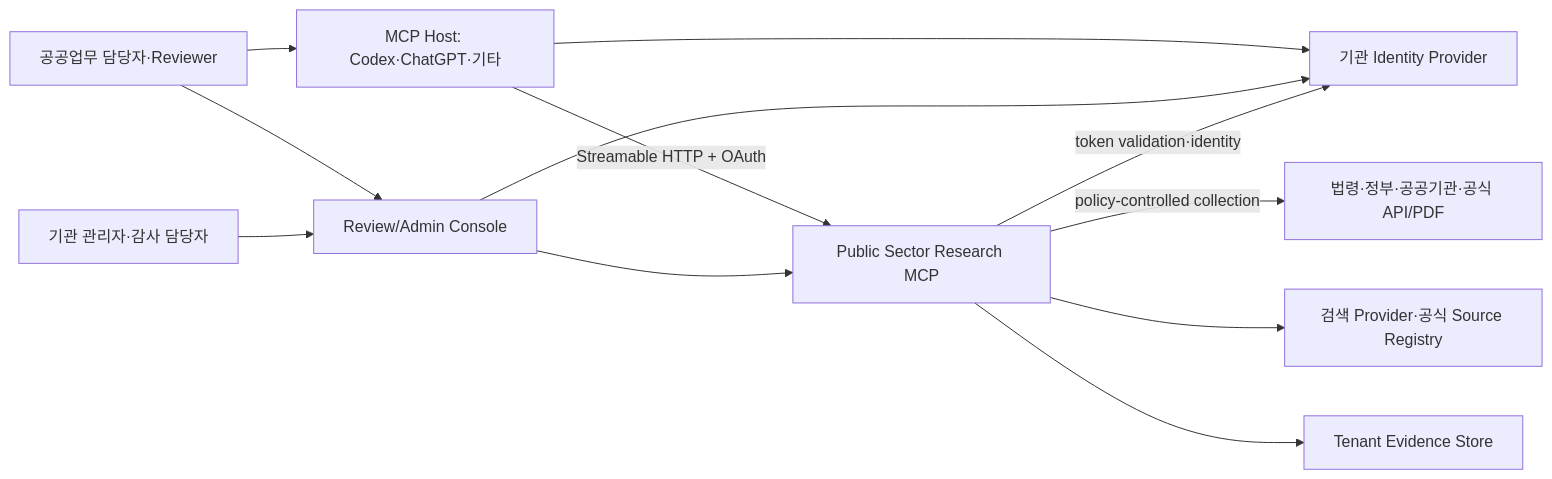
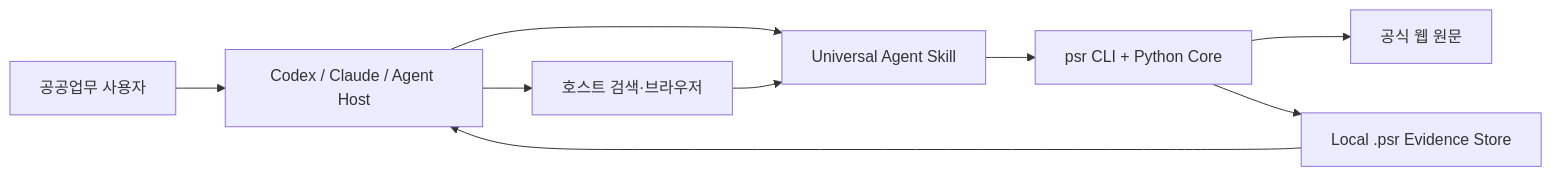
The first of 2 diagrams in docs/ARCHITECTURE.md (Kminer2053/public-sector-research-skill), drawn with Mermaid before and after one commit. The commit also changed other lines of this file and 39 other files, not shown here.

Commit message:
feat: add portable public-sector research agent skill

````diff
--- a/docs/ARCHITECTURE.md
+++ b/docs/ARCHITECTURE.md
@@ -96,24 +7,11 @@
 ```mermaid
 flowchart LR
-    User["공공업무 담당자·Reviewer"]
-    Admin["기관 관리자·감사 담당자"]
-    Host["MCP Host: Codex·ChatGPT·기타"]
-    IdP["기관 Identity Provider"]
-    PSR["Public Sector Research MCP"]
-    Official["법령·정부·공공기관·공식 API/PDF"]
-    Search["검색 Provider·공식 Source Registry"]
-    Storage["Tenant Evidence Store"]
-    Console["Review/Admin Console"]
-
-    User --> Host
-    Host -->|"Streamable HTTP + OAuth"| PSR
-    User --> Console
-    Admin --> Console
-    Host --> IdP
-    Console --> IdP
-    PSR -->|"token validation·identity"| IdP
-    PSR -->|"policy-controlled collection"| Official
-    PSR --> Search
-    PSR --> Storage
-    Console --> PSR
+    U["공공업무 사용자"] --> H["Codex / Claude / Agent Host"]
+    H --> S["Universal Agent Skill"]
+    H --> W["호스트 검색·브라우저"]
+    W --> S
+    S --> C["psr CLI + Python Core"]
+    C --> N["공식 웹 원문"]
+    C --> L["Local .psr Evidence Store"]
+    L --> H
 ```
````
